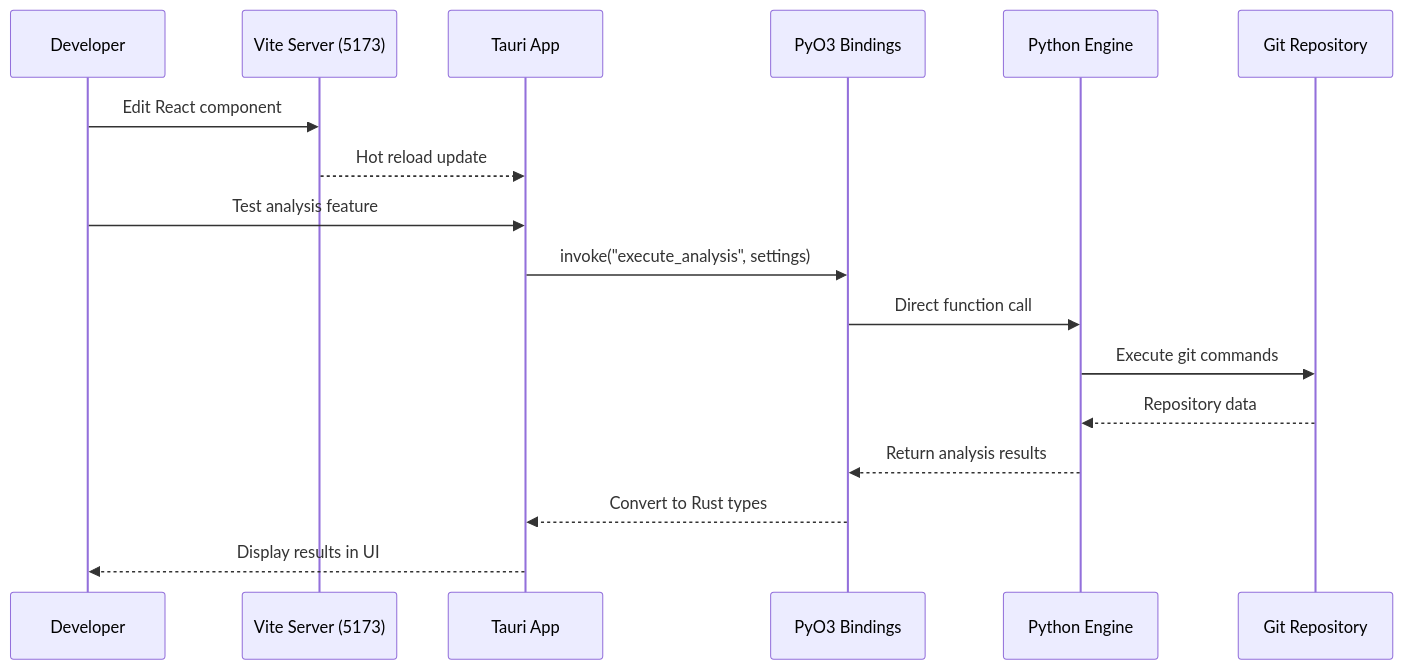
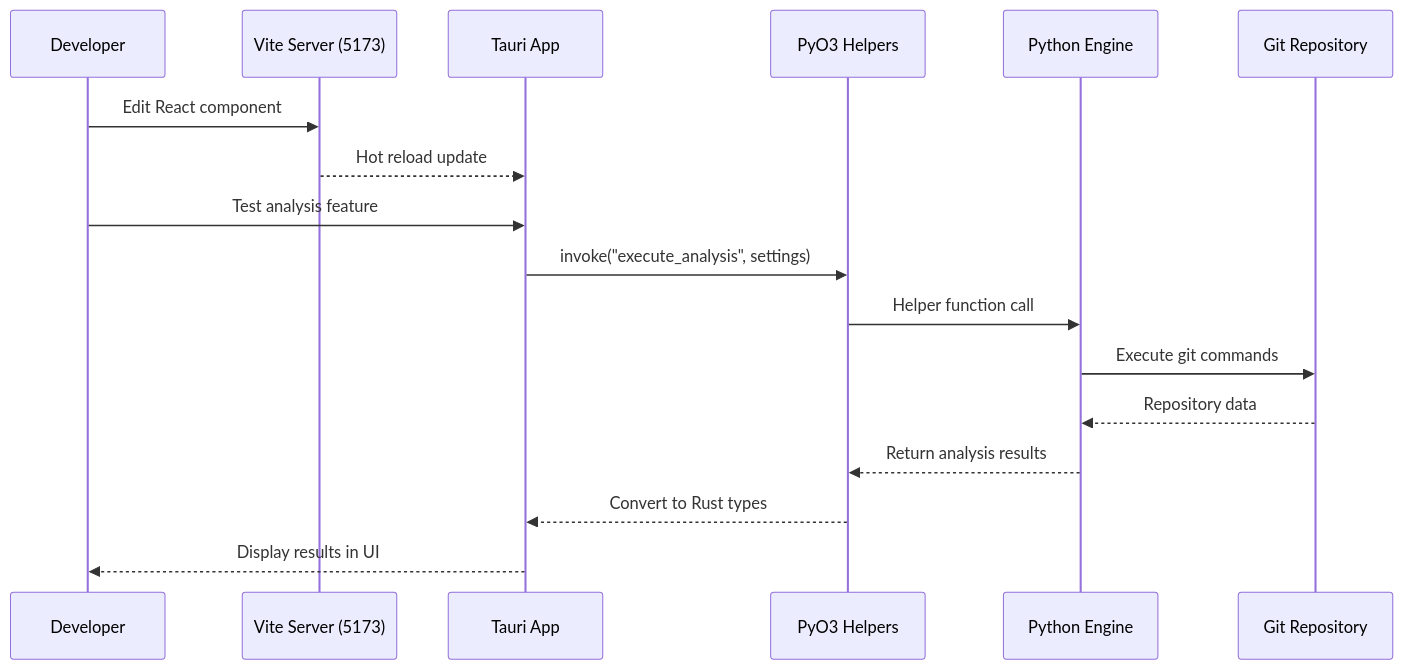
Before and after one commit to boost-edu-tools/gitinspectorgui: the third of 6 diagrams in docs/development/development-architecture.md, drawn with Mermaid. The commit also changed other lines of this file and 19 other files, not shown here.

First line of the commit message:
docs: update architecture from raw PyO3 to simplified helper functions

````diff
--- a/docs/development/development-architecture.md
+++ b/docs/development/development-architecture.md
@@ -92,21 +92,21 @@
 ```mermaid
 sequenceDiagram
     participant Dev as Developer
     participant Vite as Vite Server (5173)
     participant Tauri as Tauri App
-    participant PyO3 as PyO3 Bindings
+    participant Helpers as PyO3 Helpers
     participant Python as Python Engine
     participant Git as Git Repository
 
     Dev->>Vite: Edit React component
     Vite-->>Tauri: Hot reload update
 
     Dev->>Tauri: Test analysis feature
-    Tauri->>PyO3: invoke("execute_analysis", settings)
-    PyO3->>Python: Direct function call
+    Tauri->>Helpers: invoke("execute_analysis", settings)
+    Helpers->>Python: Helper function call
     Python->>Git: Execute git commands
     Git-->>Python: Repository data
-    Python-->>PyO3: Return analysis results
-    PyO3-->>Tauri: Convert to Rust types
+    Python-->>Helpers: Return analysis results
+    Helpers-->>Tauri: Convert to Rust types
     Tauri-->>Dev: Display results in UI
 ```
````
